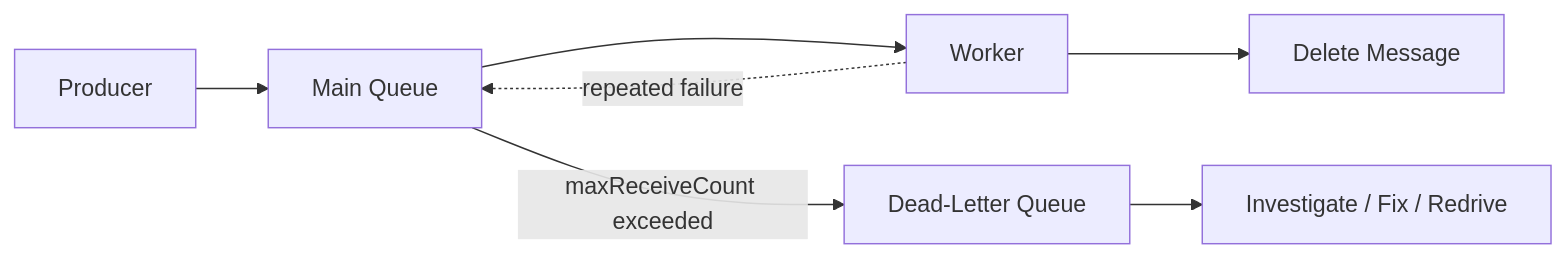
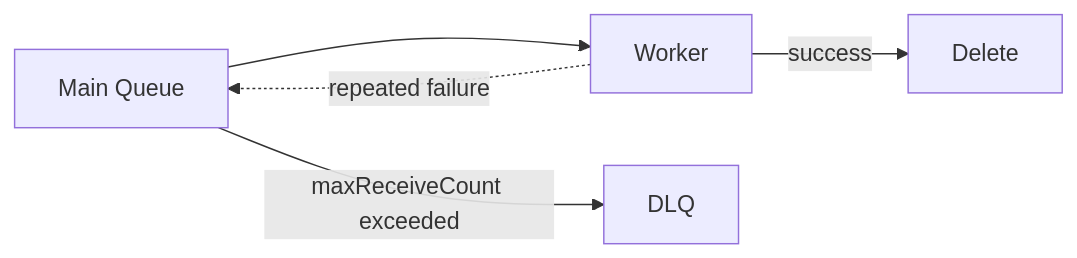
One commit to AvadhBhalodiya/Interview-Preparation changed the eighth of 9 diagrams in src/content/devops/aws-core-services.md. Above: the diagram before and after it, drawn with Mermaid. The commit also changed other lines of this file and 54 other files, not shown here.

````diff
--- a/src/content/devops/aws-core-services.md
+++ b/src/content/devops/aws-core-services.md
@@ -1189,9 +509,7 @@
 ```mermaid
 flowchart LR
-    Producer --> MainQueue[Main Queue]
-    MainQueue --> Worker
-    Worker --> Success[Delete Message]
-    Worker -. repeated failure .-> MainQueue
-    MainQueue -->|maxReceiveCount exceeded| DLQ[Dead-Letter Queue]
-    DLQ --> Investigation[Investigate / Fix / Redrive]
+    Main[Main Queue] --> Worker
+    Worker -->|success| Delete[Delete]
+    Worker -. repeated failure .-> Main
+    Main -->|maxReceiveCount exceeded| DLQ[DLQ]
 ```
````
